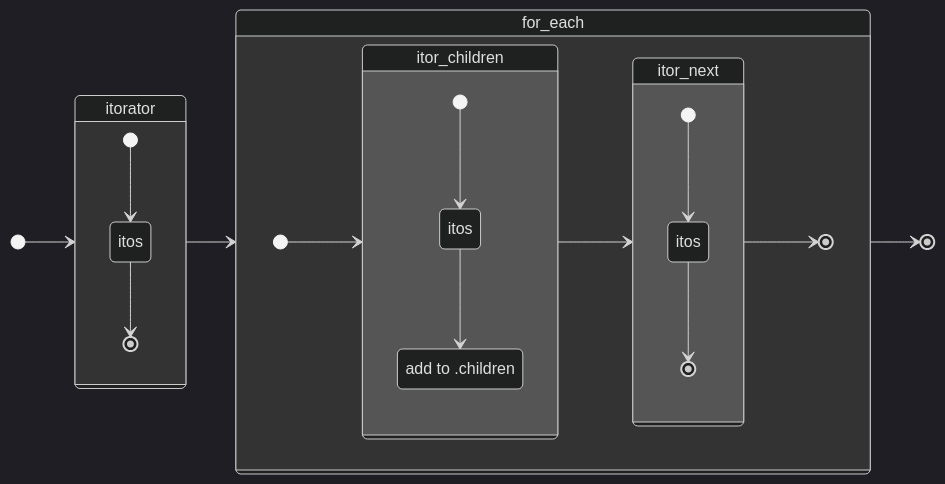
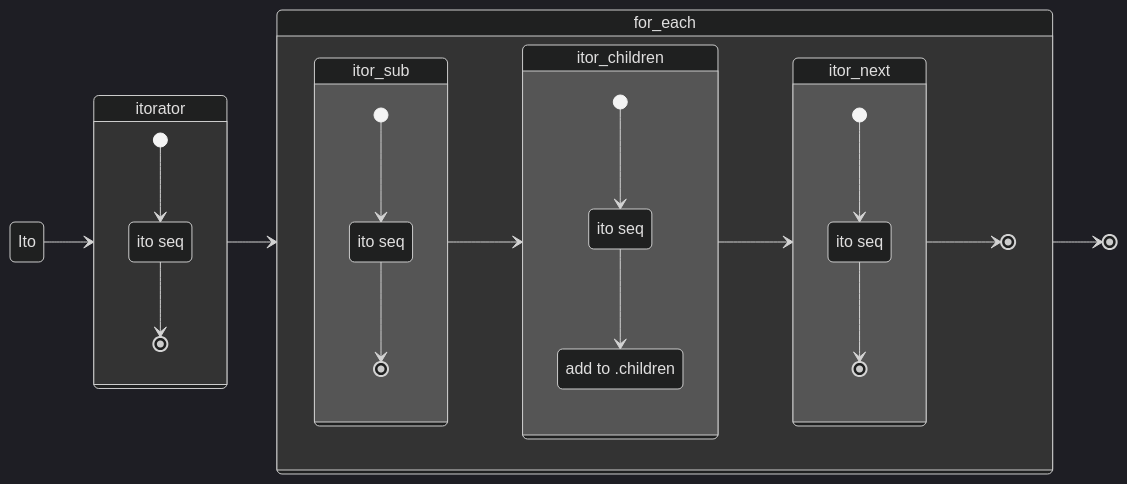
Before and after one commit to rlayers/pawpaw: the fourth of 10 diagrams in docs/4. Arborform.md, drawn with Mermaid (dark theme). The commit also changed other lines of this file, not shown here.

Commit message:
Toplogy diagram cleanup

````diff
--- a/docs/4. Arborform.md
+++ b/docs/4. Arborform.md
@@ -198,33 +195,42 @@
 ```mermaid
 stateDiagram-v2
   direction LR
   
-  [*] --> itorator
+  Ito --> itorator
   state itorator {
     direction TB
     [*] --> itosP
-    itosP : itos
+    itosP : ito seq
     itosP --> [*]
   }
-  itorator --> for_each  
-  state for_each {
-    direction LR
-    [*] --> itor_children
-    state itor_children {
-      direction TB
-      [*] --> itosC
-      itosC: itos
-      as_children: add to .children
-      itosC --> as_children
-}
-    itor_children --> itor_next
-    state itor_next {
-      direction TB
-      [*] --> itosN
-      itosN: itos
-      itosN --> [*]
-    }
-    itor_next --> [*]
+  itorator --> for_each
+    state for_each {
+      direction LR
+      state itor_sub {
+        direction TB
+        [*] --> itosS
+        itosS: ito seq
+        itosS --> [*]
+      }
+      itor_sub --> itor_children
+
+      state itor_children {
+        direction TB
+        [*] --> itosC
+        itosC: ito seq
+        as_children: add to .children
+        itosC --> as_children
+      }
+      itor_children --> itor_next
+
+      state itor_next {
+        direction TB
+        [*] --> itosN
+        itosN: ito seq
+        itosN --> [*]
+      }
+
+      itor_next --> [*]
   }
   for_each --> [*]
 ```
````
